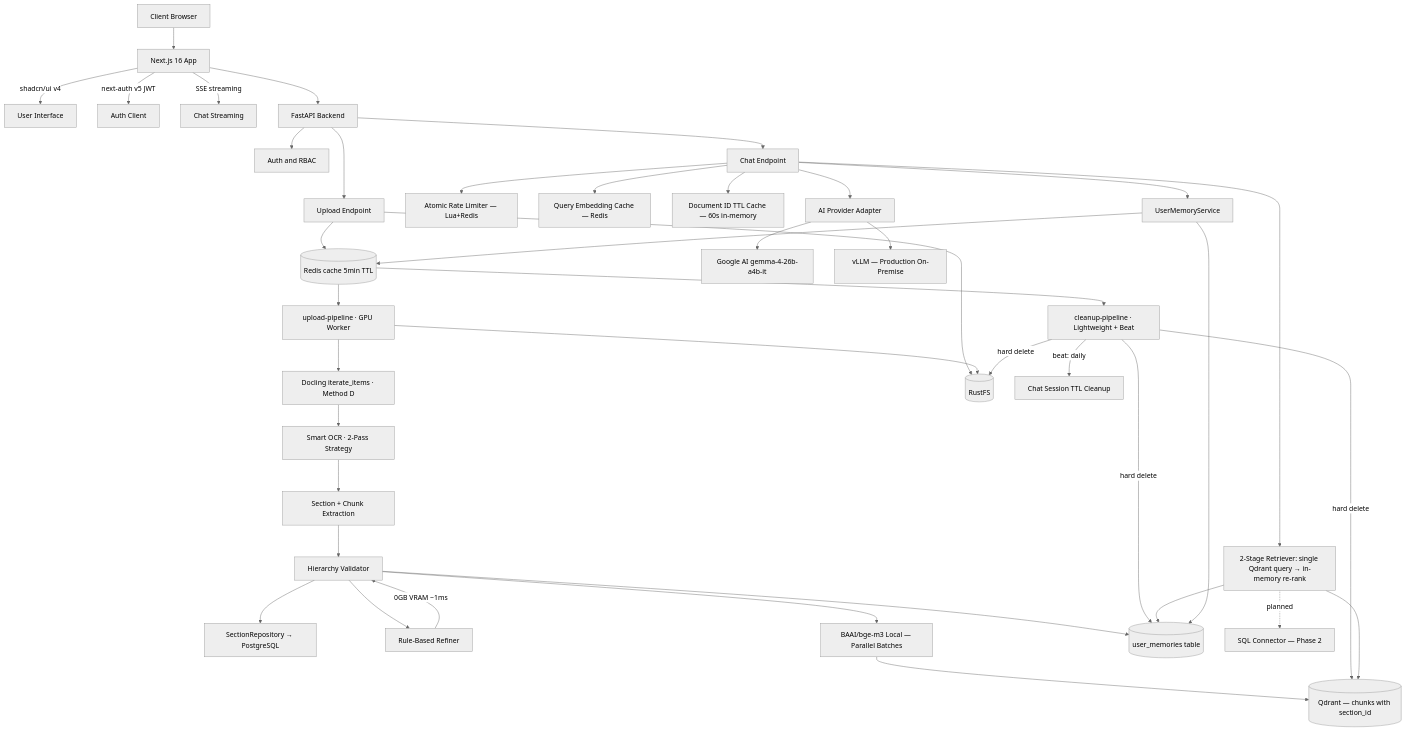
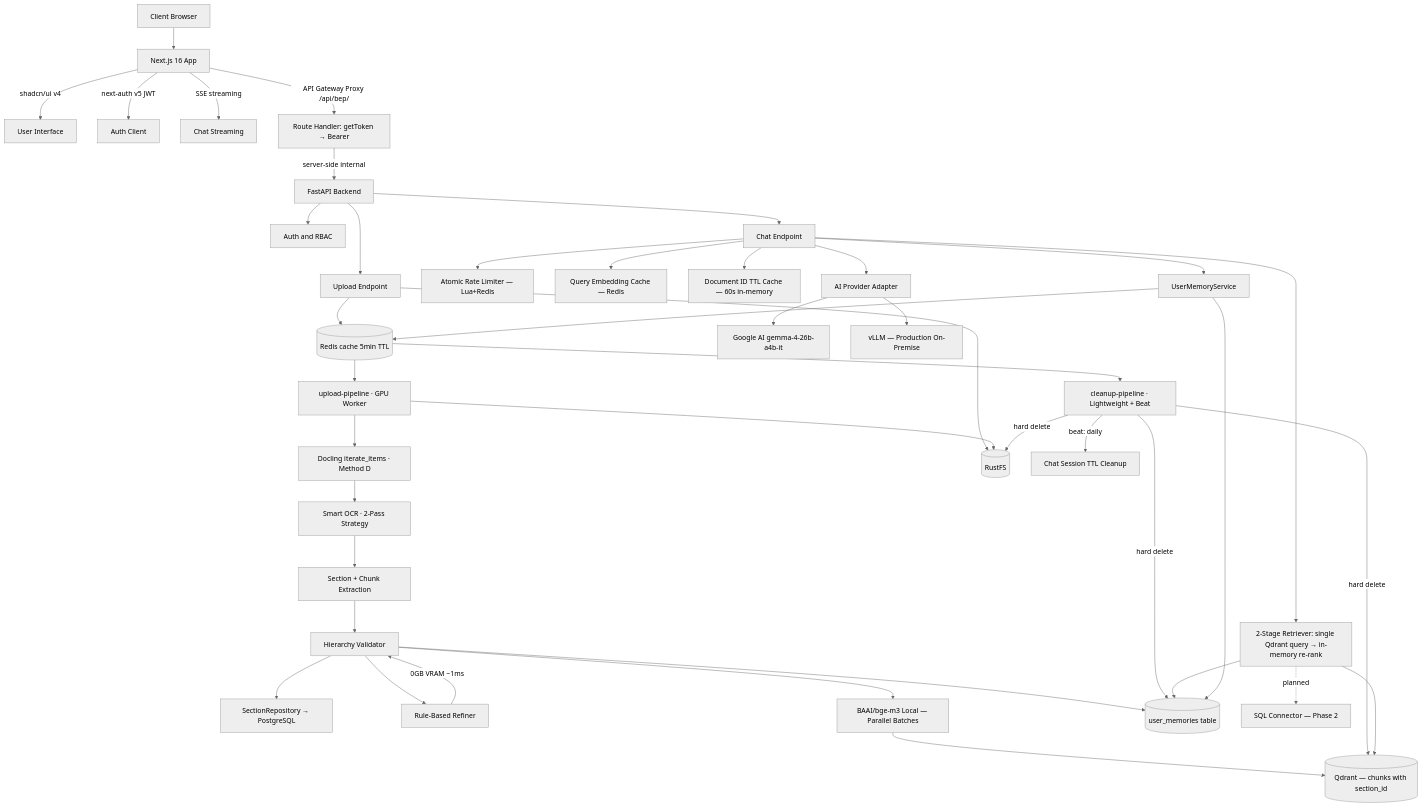
The diagram in docs/01_SYSTEM_ARCHITECTURE.md (qtuanph/chatbot-rag), drawn with Mermaid (neutral theme) before and after one commit. The commit also changed other lines of this file and 22 other files, not shown here.

First line of the commit message:
feat: enhance API gateway proxy and security measures

````diff
--- a/docs/01_SYSTEM_ARCHITECTURE.md
+++ b/docs/01_SYSTEM_ARCHITECTURE.md
@@ -32,49 +32,50 @@
 ```mermaid
 graph TD
     Client[Client Browser] --> WebApp[Next.js 16 App]
     WebApp --> |shadcn/ui v4| UI[User Interface]
     WebApp --> |next-auth v5 JWT| Auth[Auth Client]
     WebApp --> |SSE streaming| SSE[Chat Streaming]
 
-    WebApp --> API[FastAPI Backend]
+    WebApp --> |API Gateway Proxy /api/bep/| APIProxy[Route Handler: getToken → Bearer]
+    APIProxy --> |server-side internal| API[FastAPI Backend]
     API --> AuthSvc[Auth and RBAC]
     API --> Upload[Upload Endpoint]
     API --> Chat[Chat Endpoint]
 
     Upload --> Redis[(Redis broker)]
     Redis --> UploadPipeline[upload-pipeline · GPU Worker]
     Redis --> CleanupPipeline[cleanup-pipeline · Lightweight + Beat]
 
     UploadPipeline --> Parser[Docling iterate_items · Method D]
     Parser --> SmartOCR[Smart OCR · 2-Pass Strategy]
     SmartOCR --> SectionExtractor[Section + Chunk Extraction]
     SectionExtractor --> Validator[Hierarchy Validator]
     Validator --> SectionStore[SectionRepository → PostgreSQL]
     Validator --> Refiner[Rule-Based Refiner]
     Refiner --> |0GB VRAM ~1ms| Validator
     Validator --> Embedder[BAAI/bge-m3 Local — Parallel Batches]
     Embedder --> Qdrant[(Qdrant — chunks with section_id)]
     Validator --> PG[(PostgreSQL system DB)]
 
     Upload --> RustFS[(RustFS)]
     UploadPipeline --> RustFS
 
     CleanupPipeline --> |hard delete| Qdrant
     CleanupPipeline --> |hard delete| RustFS
     CleanupPipeline --> |hard delete| PG
     CleanupPipeline --> |beat: daily| TTL[Chat Session TTL Cleanup]
 
     Chat --> Throttle[Atomic Rate Limiter — Lua+Redis]
     Chat --> QueryCache[Query Embedding Cache — Redis]
     Chat --> DocIDCache[Document ID TTL Cache — 60s in-memory]
     Chat --> Retriever[2-Stage Retriever: single Qdrant query → in-memory re-rank]
     Retriever --> PG
     Retriever --> Qdrant
     Retriever -. planned -.-> SQLConnector[SQL Connector — Phase 2]
     Chat --> LLM[AI Provider Adapter]
     LLM --> Google[Google AI gemma-4-26b-a4b-it]
     LLM --> vLLM[vLLM — Production On-Premise]
     Chat --> MemorySvc[UserMemoryService]
     MemorySvc --> Redis[(Redis cache 5min TTL)]
     MemorySvc --> PG[(user_memories table)]
 ```
````
